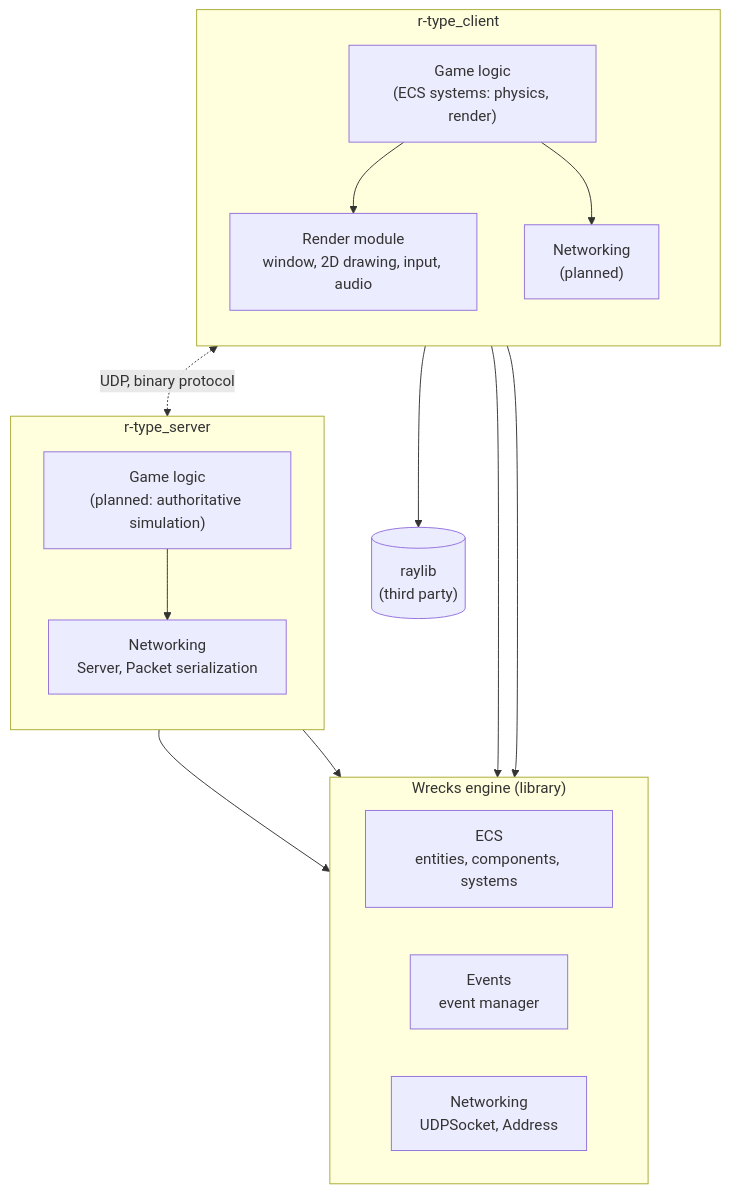
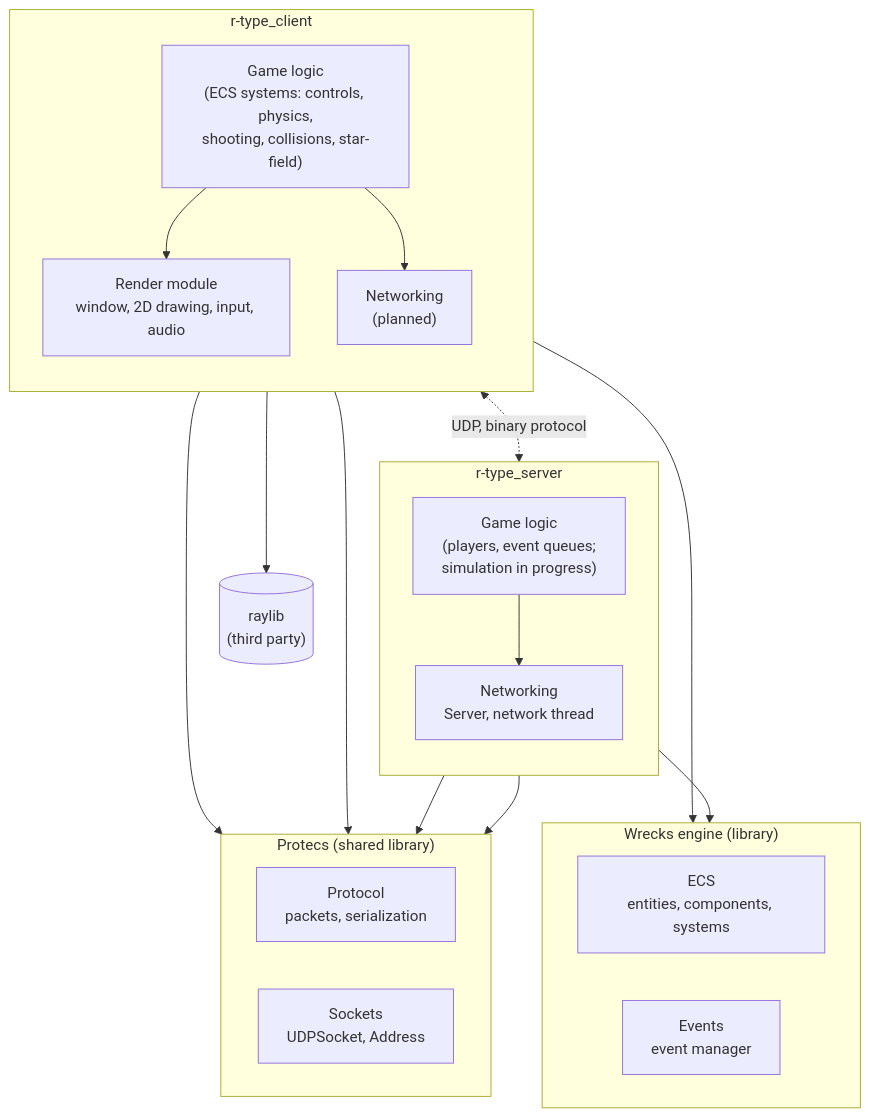
One commit to Space-Type/Documentation changed the first of 2 diagrams in docs/architecture.md. Above: the diagram before and after it, drawn with Mermaid. The commit also changed other lines of this file and 5 other files, not shown here.

Commit message:
docs(protecs): add the Protecs page and move networking out of Wrecks

````diff
--- a/docs/architecture.md
+++ b/docs/architecture.md
@@ -12,34 +14,41 @@
 ```mermaid
 flowchart TB
     subgraph Client["r-type_client"]
         direction TB
-        CGame["Game logic<br/>(ECS systems: physics, render)"]
+        CGame["Game logic<br/>(ECS systems: controls, physics,<br/>shooting, collisions, star-field)"]
         CRender["Render module<br/>window, 2D drawing, input, audio"]
         CNet["Networking<br/>(planned)"]
         CGame --> CRender
         CGame --> CNet
     end
 
     subgraph Server["r-type_server"]
         direction TB
-        SGame["Game logic<br/>(planned: authoritative simulation)"]
-        SNet["Networking<br/>Server, Packet serialization"]
+        SGame["Game logic<br/>(players, event queues;<br/>simulation in progress)"]
+        SNet["Networking<br/>Server, network thread"]
         SGame --> SNet
     end
 
     subgraph Wrecks["Wrecks engine (library)"]
         direction LR
         ECS["ECS<br/>entities, components, systems"]
         Events["Events<br/>event manager"]
-        WNet["Networking<br/>UDPSocket, Address"]
+    end
+
+    subgraph Protecs["Protecs (shared library)"]
+        direction LR
+        Proto["Protocol<br/>packets, serialization"]
+        PNet["Sockets<br/>UDPSocket, Address"]
     end
 
     Raylib[("raylib<br/>(third party)")]
 
     CRender --> Raylib
     CGame --> ECS
     SGame --> ECS
-    CNet --> WNet
-    SNet --> WNet
+    CNet --> Proto
+    CNet --> PNet
+    SNet --> Proto
+    SNet --> PNet
     CNet <-. "UDP, binary protocol" .-> SNet
 ```
````
